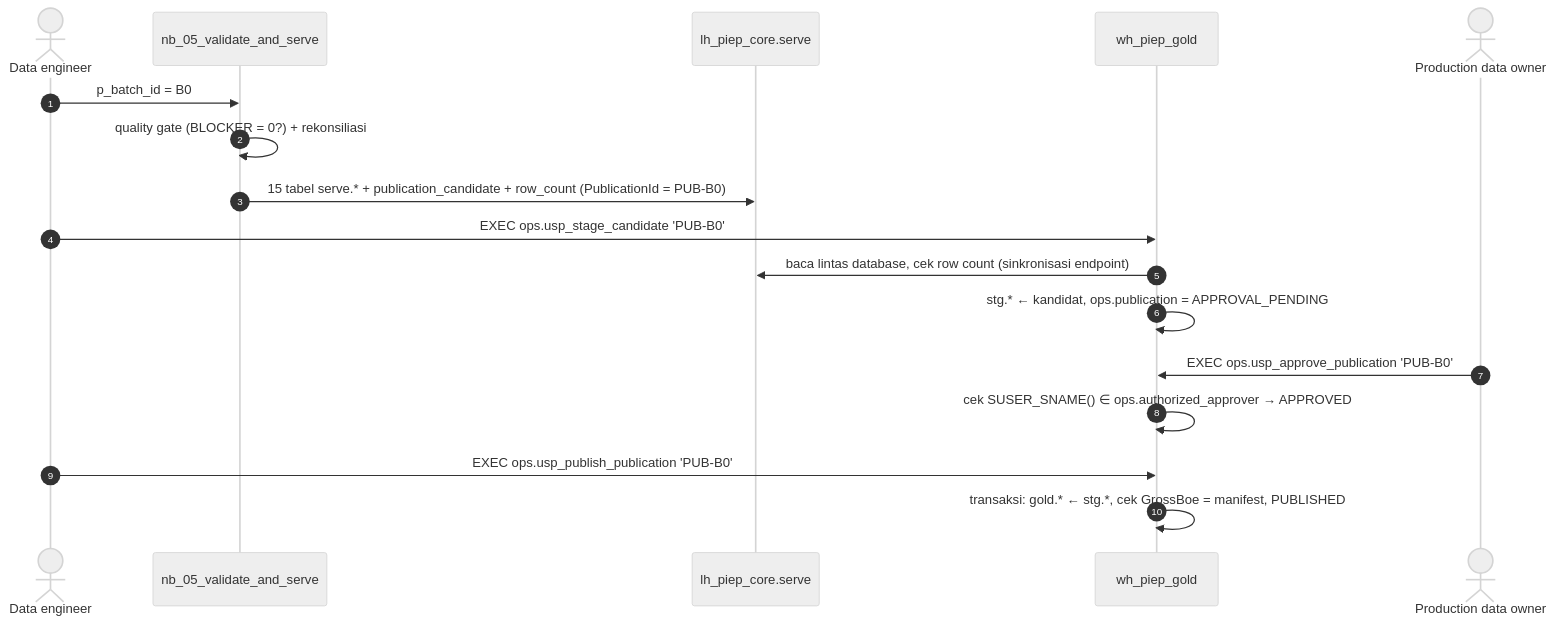
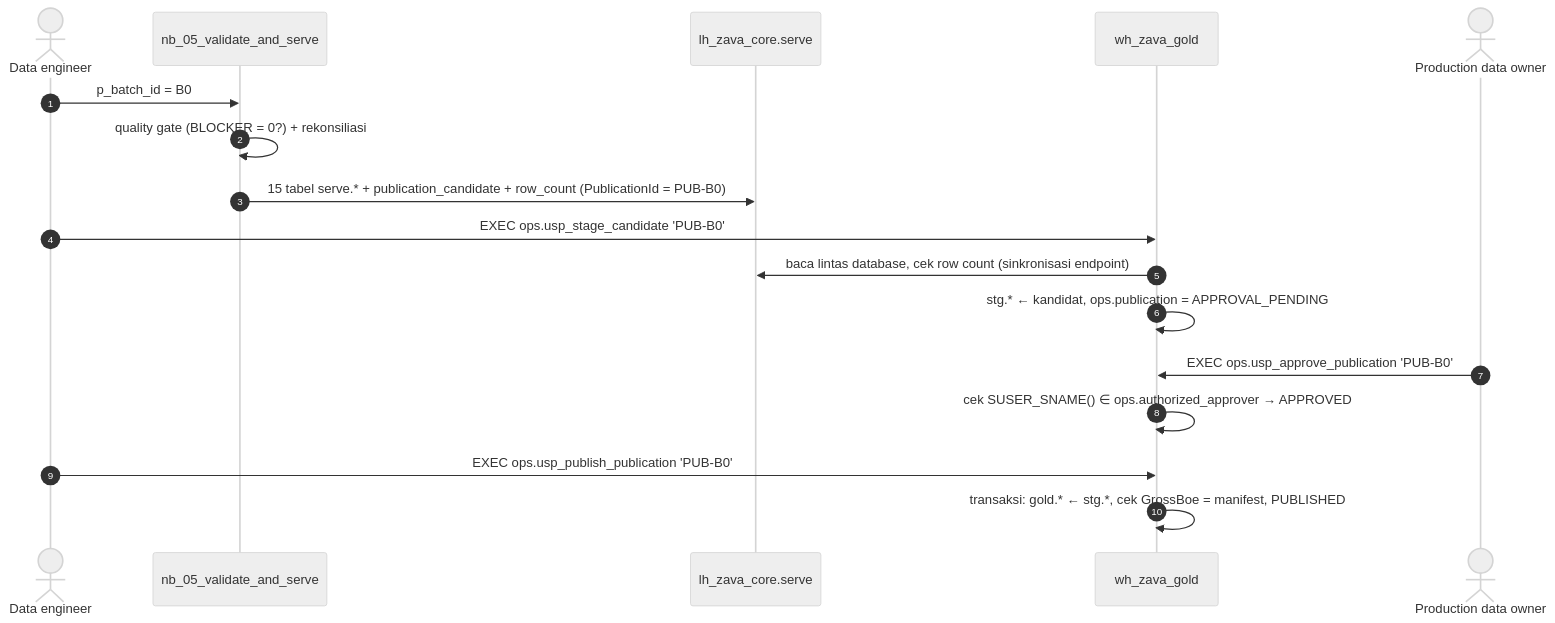
The diagram in demo tutorial/tutorial/07-gold-warehouse-publication.md (edhotp/Microsoft-Fabric-with-PPDM-Demo), drawn with Mermaid (neutral theme) before and after one commit. The commit also changed other lines of this file and 67 other files, not shown here.

First line of the commit message:
Rebrand demo from PIEP to Zava Energy

````diff
--- a/demo tutorial/tutorial/07-gold-warehouse-publication.md
+++ b/demo tutorial/tutorial/07-gold-warehouse-publication.md
@@ -17,19 +17,19 @@
 ```mermaid
 sequenceDiagram
     autonumber
     actor Eng as Data engineer
     participant NB as nb_05_validate_and_serve
-    participant LH as lh_piep_core.serve
-    participant WH as wh_piep_gold
+    participant LH as lh_zava_core.serve
+    participant WH as wh_zava_gold
     actor Own as Production data owner
     Eng->>NB: p_batch_id = B0
     NB->>NB: quality gate (BLOCKER = 0?) + rekonsiliasi
     NB->>LH: 15 tabel serve.* + publication_candidate + row_count (PublicationId = PUB-B0)
     Eng->>WH: EXEC ops.usp_stage_candidate 'PUB-B0'
     WH->>LH: baca lintas database, cek row count (sinkronisasi endpoint)
     WH->>WH: stg.* ← kandidat, ops.publication = APPROVAL_PENDING
     Own->>WH: EXEC ops.usp_approve_publication 'PUB-B0'
     WH->>WH: cek SUSER_SNAME() ∈ ops.authorized_approver → APPROVED
     Eng->>WH: EXEC ops.usp_publish_publication 'PUB-B0'
     WH->>WH: transaksi: gold.* ← stg.*, cek GrossBoe = manifest, PUBLISHED
 ```
````
